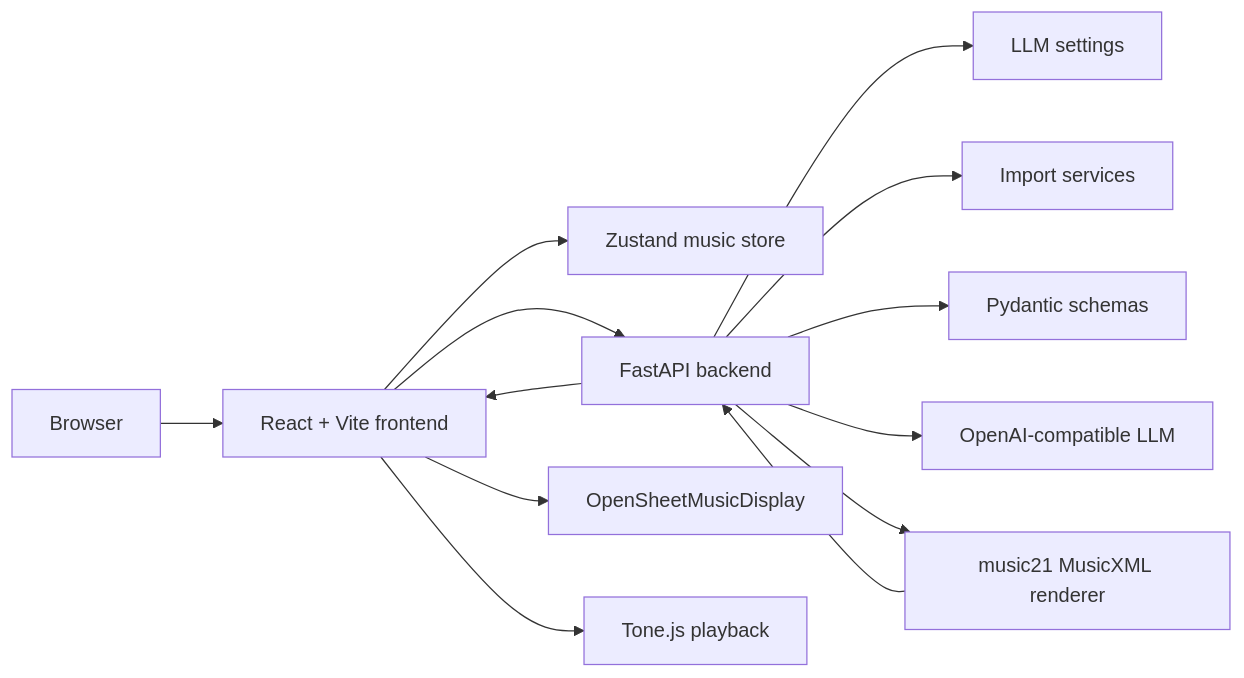
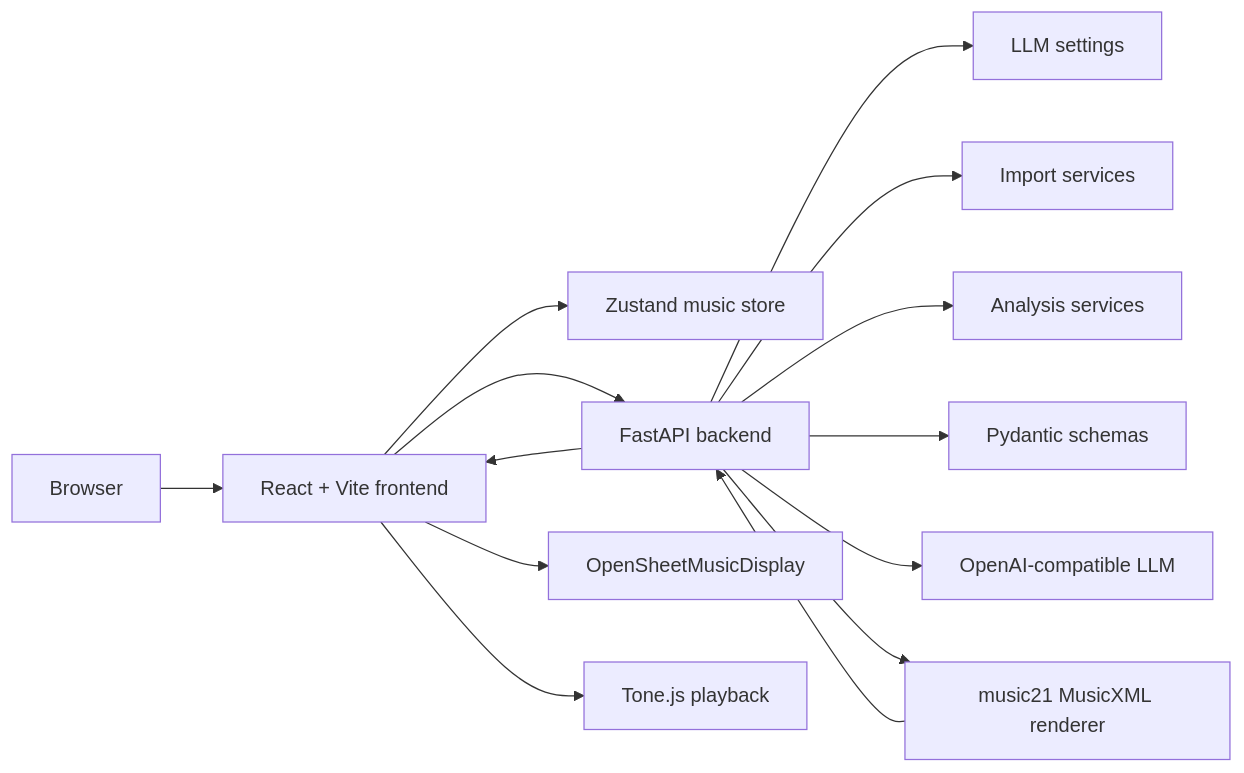
The first of 4 diagrams in docs/CODEBASE_MAP.md (deliium/mukit-ai), drawn with Mermaid before and after one commit. The commit also changed other lines of this file and 11 other files, not shown here.

````diff
--- a/docs/CODEBASE_MAP.md
+++ b/docs/CODEBASE_MAP.md
@@ -19,27 +19,29 @@
 ```mermaid
 flowchart LR
   Browser[Browser]
   Frontend[React + Vite frontend]
   Store[Zustand music store]
   API[FastAPI backend]
   Settings[LLM settings]
   Import[Import services]
+  Analysis[Analysis services]
   LLM[OpenAI-compatible LLM]
   Schemas[Pydantic schemas]
   Renderer[music21 MusicXML renderer]
   OSMD[OpenSheetMusicDisplay]
   Tone[Tone.js playback]
 
   Browser --> Frontend
   Frontend --> Store
   Frontend --> API
   API --> Settings
   API --> Import
+  API --> Analysis
   API --> Schemas
   API --> LLM
   API --> Renderer
   Renderer --> API
   API --> Frontend
   Frontend --> OSMD
   Frontend --> Tone
 ```
````
